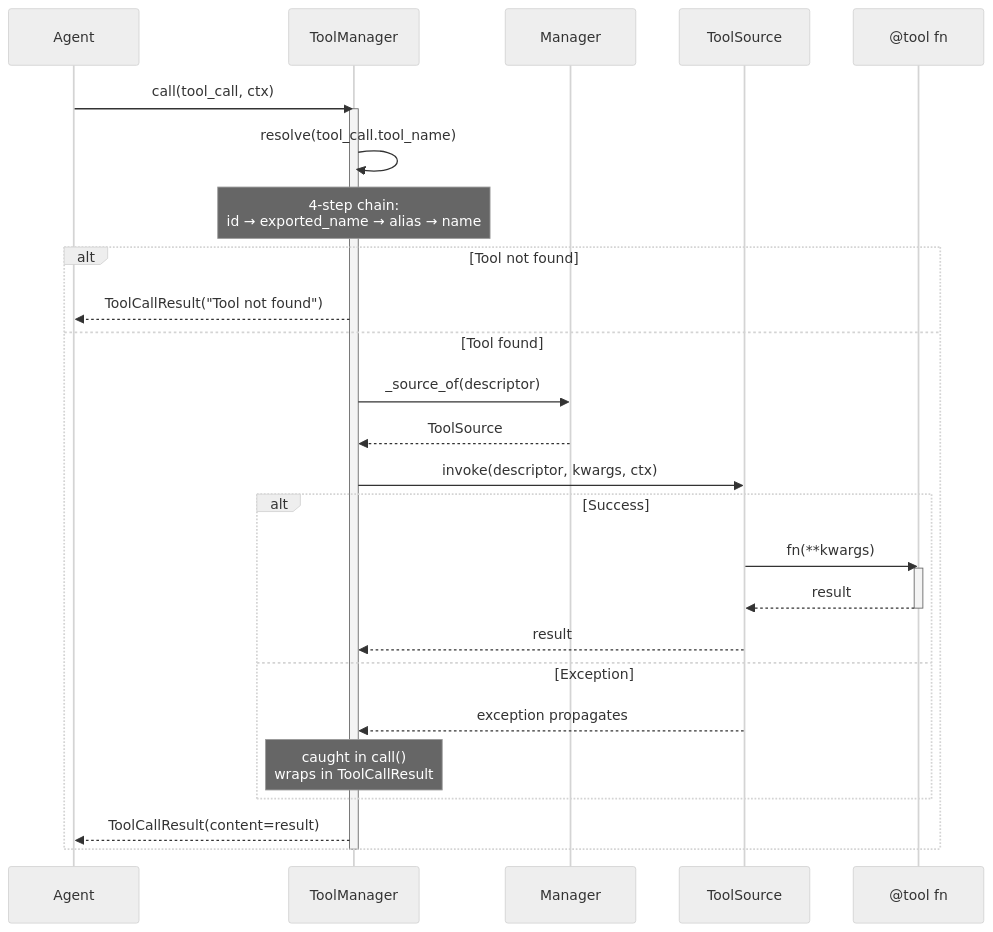
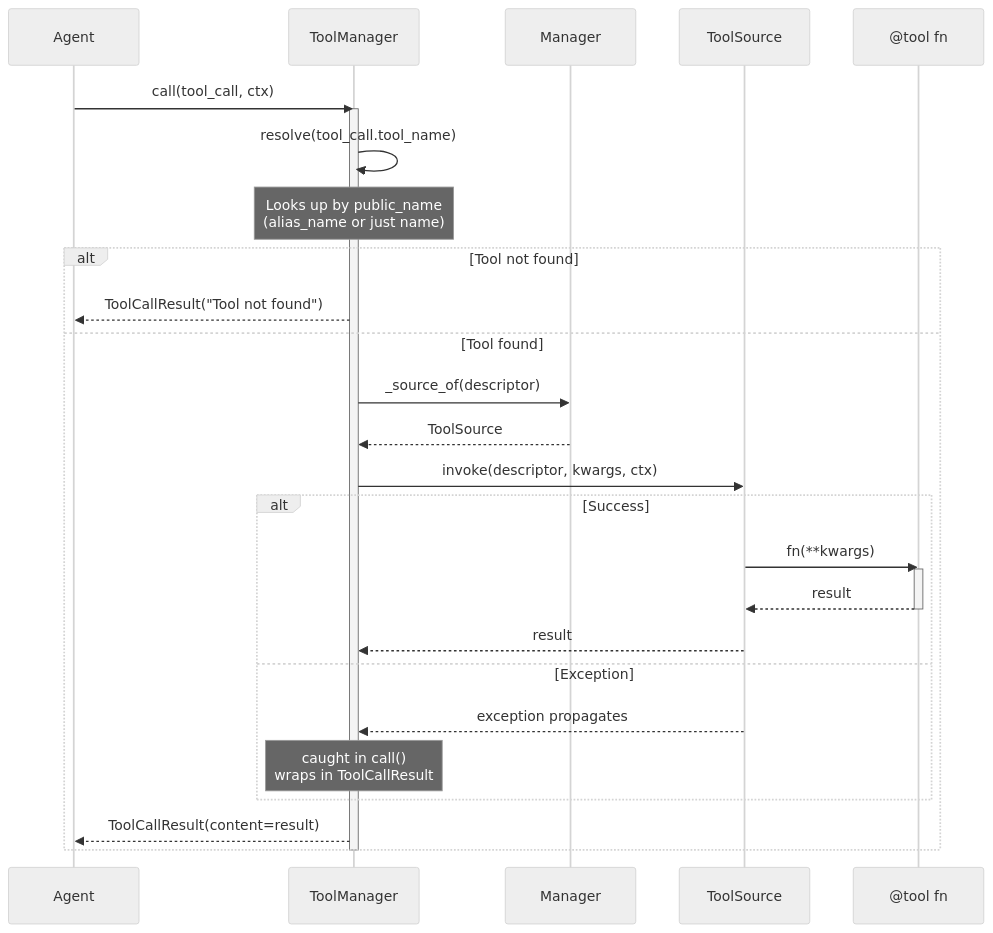
The second of 13 diagrams in visuals.md (matrixd0t/commamatrix), drawn with Mermaid (neutral theme) before and after one commit. The commit also changed other lines of this file and 52 other files, not shown here.

````diff
--- a/visuals.md
+++ b/visuals.md
@@ -40,37 +40,37 @@
 ```mermaid
 sequenceDiagram
     participant Agent
     participant TM as ToolManager
     participant ExtMgr as Manager
     participant Source as ToolSource
     participant Fn as @tool fn
 
     Agent->>TM: call(tool_call, ctx)
     activate TM
 
     TM->>TM: resolve(tool_call.tool_name)
-    Note over TM: 4-step chain:<br/>id → exported_name → alias → name
+    Note over TM: Looks up by public_name<br/>(alias_name or just name)
 
     alt Tool not found
         TM-->>Agent: ToolCallResult("Tool not found")
     else Tool found
         TM->>ExtMgr: _source_of(descriptor)
         ExtMgr-->>TM: ToolSource
         TM->>Source: invoke(descriptor, kwargs, ctx)
 
         alt Success
             Source->>Fn: fn(**kwargs)
             activate Fn
             Fn-->>Source: result
             deactivate Fn
             Source-->>TM: result
         else Exception
             Source-->>TM: exception propagates
             Note over TM: caught in call()<br/>wraps in ToolCallResult
         end
 
         TM-->>Agent: ToolCallResult(content=result)
     end
 
     deactivate TM
 ```
````
